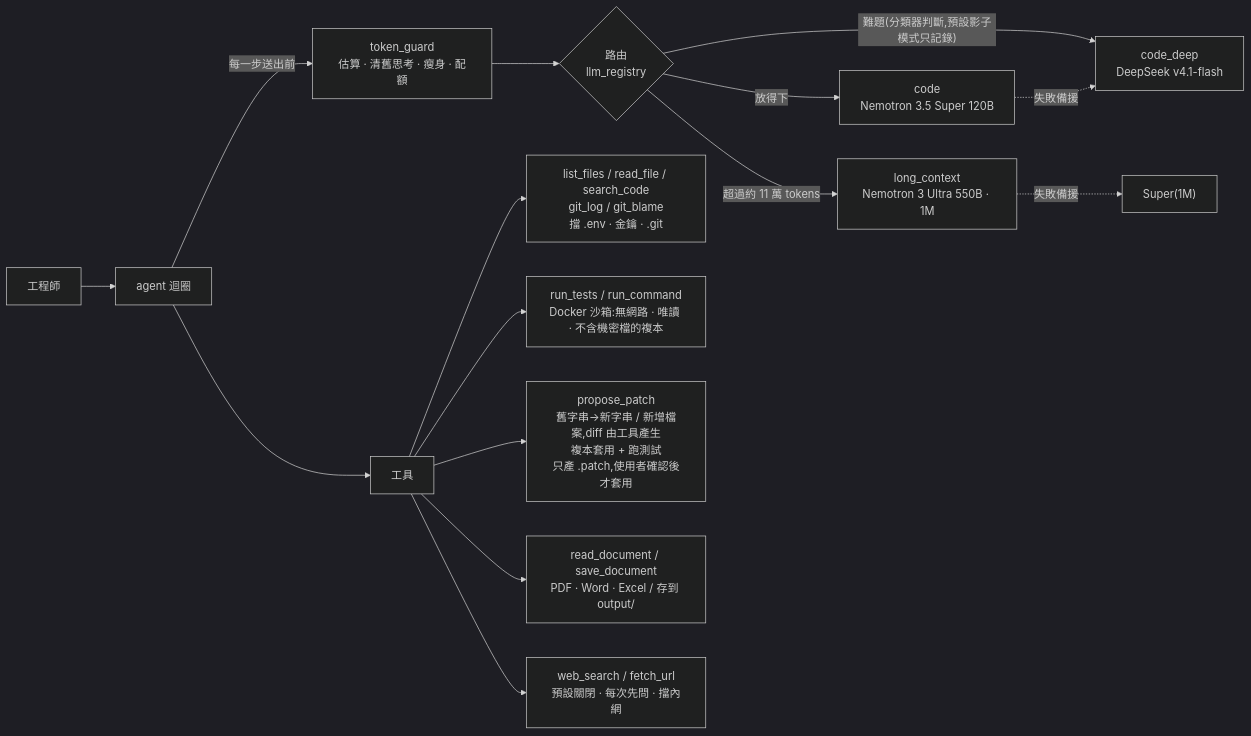
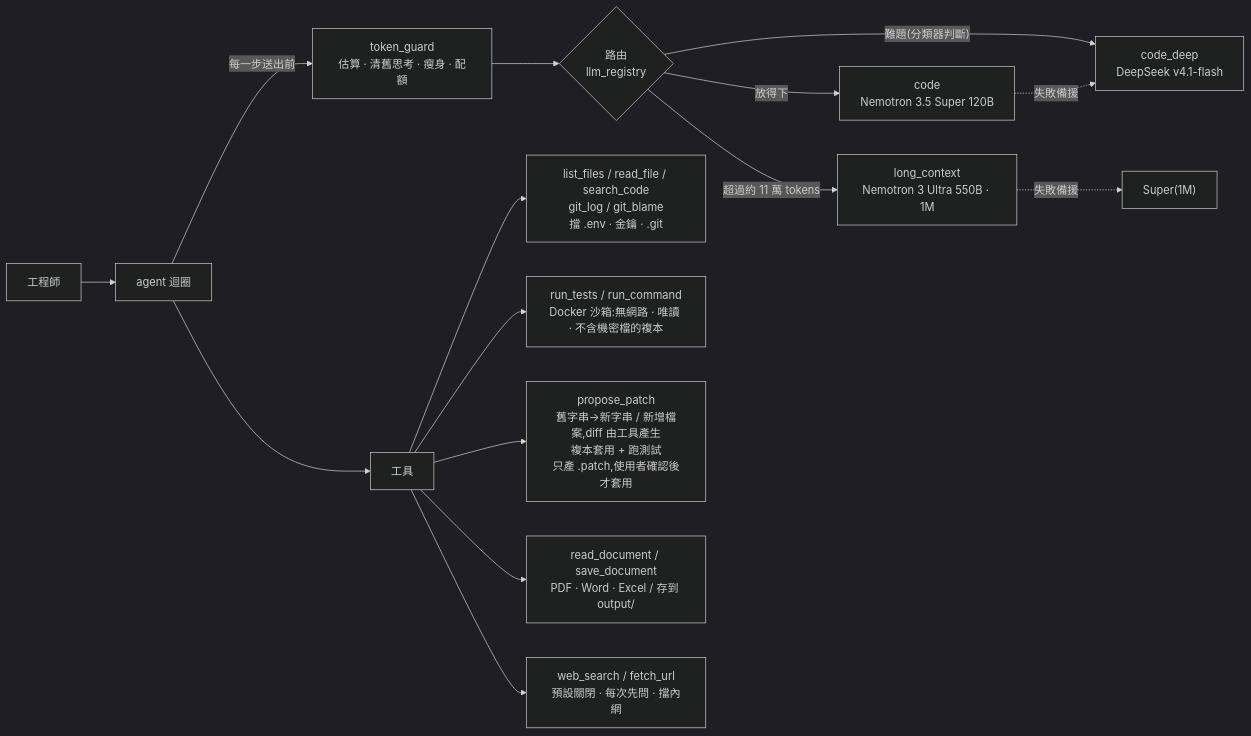
Before and after one commit to inform199751-crypto/nvidia-dev-assistant: the diagram in README.md, drawn with Mermaid (dark theme). The commit also changed other lines of this file and 6 other files, not shown here.

````diff
--- a/README.md
+++ b/README.md
@@ -11,17 +11,17 @@
 ```mermaid
 flowchart LR
     U[工程師] --> A[agent 迴圈]
     A -->|每一步送出前| G["token_guard<br/>估算 · 清舊思考 · 瘦身 · 配額"]
     G --> R{"路由<br/>llm_registry"}
     R -->|放得下| S["code<br/>Nemotron 3.5 Super 120B"]
     R -->|"超過約 11 萬 tokens"| L["long_context<br/>Nemotron 3 Ultra 550B · 1M"]
-    R -->|"難題(分類器判斷,預設影子模式只記錄)"| D
+    R -->|"難題(分類器判斷)"| D
     S -. 失敗備援 .-> D["code_deep<br/>DeepSeek v4.1-flash"]
     L -. 失敗備援 .-> S2["Super(1M)"]
     A --> T[工具]
     T --> T1["list_files / read_file / search_code<br/>git_log / git_blame<br/>擋 .env · 金鑰 · .git"]
     T --> T2["run_tests / run_command<br/>Docker 沙箱:無網路 · 唯讀 · 不含機密檔的複本"]
     T --> T3["propose_patch<br/>舊字串→新字串 / 新增檔案,diff 由工具產生<br/>複本套用 + 跑測試<br/>只產 .patch,使用者確認後才套用"]
     T --> T4["read_document / save_document<br/>PDF · Word · Excel / 存到 output/"]
     T --> T5["web_search / fetch_url<br/>預設關閉 · 每次先問 · 擋內網"]
 ```
````
